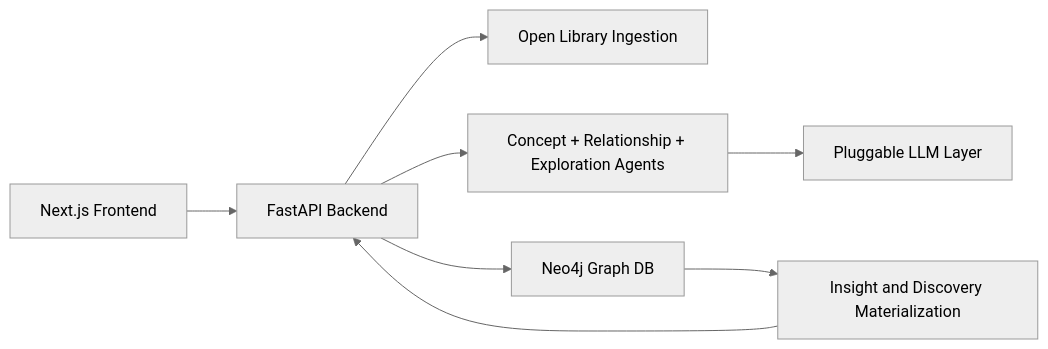
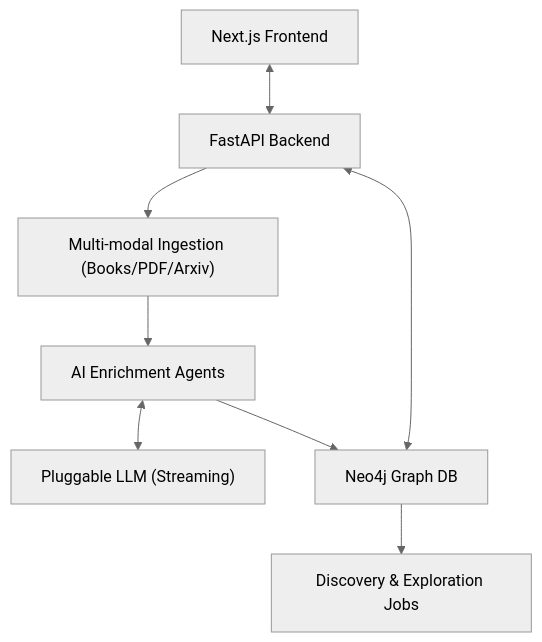
One commit to sumant1122/bookgraph changed the diagram in README.md. Above: the diagram before and after it, drawn with Mermaid (neutral theme). The commit also changed other lines of this file and 3 other files, not shown here.

````diff
--- a/README.md
+++ b/README.md
@@ -134,10 +110,10 @@
 ```mermaid
-flowchart LR
-    UI["Next.js Frontend"] --> API["FastAPI Backend"]
-    API --> ING["Open Library Ingestion"]
-    API --> AGENTS["Concept + Relationship + Exploration Agents"]
-    AGENTS --> LLM["Pluggable LLM Layer"]
-    API --> NEO["Neo4j Graph DB"]
-    NEO --> INS["Insight and Discovery Materialization"]
-    INS --> API
+flowchart TD
+    UI["Next.js Frontend"] <--> API["FastAPI Backend"]
+    API --> INGEST["Multi-modal Ingestion (Books/PDF/Arxiv)"]
+    INGEST --> AGENTS["AI Enrichment Agents"]
+    AGENTS <--> LLM["Pluggable LLM (Streaming)"]
+    AGENTS --> NEO["Neo4j Graph DB"]
+    API <--> NEO
+    NEO --> DISC["Discovery & Exploration Jobs"]
 ```
````
